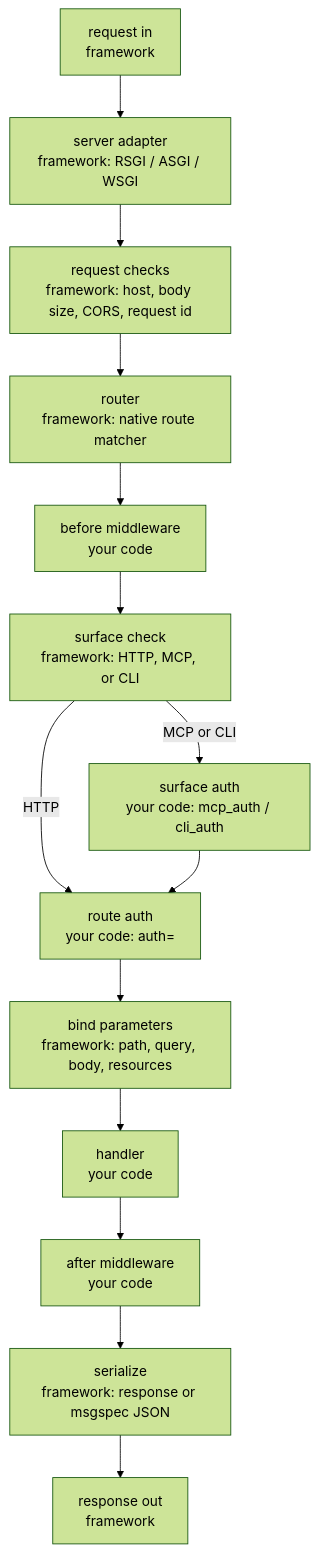
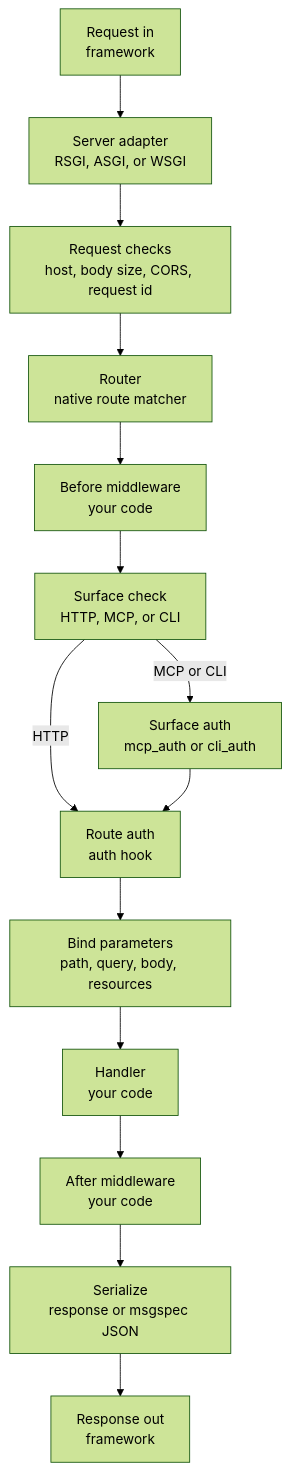
The first of 2 diagrams in docs/en/dev/index.md (yanurag-dev/quater), drawn with Mermaid (forest theme) before and after one commit. The commit also changed other lines of this file, not shown here.

Commit message:
Fixed docs Mermaid diagrams.

````diff
--- a/docs/en/dev/index.md
+++ b/docs/en/dev/index.md
@@ -76,21 +76,21 @@
 ```mermaid
 flowchart TB
-    in["request in\nframework"]
-    adapter["server adapter\nframework: RSGI / ASGI / WSGI"]
-    checks["request checks\nframework: host, body size, CORS, request id"]
-    router["router\nframework: native route matcher"]
-    before["before middleware\nyour code"]
-    surface["surface check\nframework: HTTP, MCP, or CLI"]
-    surface_auth["surface auth\nyour code: mcp_auth / cli_auth"]
-    route_auth["route auth\nyour code: auth="]
-    bind["bind parameters\nframework: path, query, body, resources"]
-    handler["handler\nyour code"]
-    after["after middleware\nyour code"]
-    serialize["serialize\nframework: response or msgspec JSON"]
-    out["response out\nframework"]
+    request_in["Request in<br/>framework"]
+    adapter["Server adapter<br/>RSGI, ASGI, or WSGI"]
+    checks["Request checks<br/>host, body size, CORS, request id"]
+    router["Router<br/>native route matcher"]
+    before["Before middleware<br/>your code"]
+    surface["Surface check<br/>HTTP, MCP, or CLI"]
+    surface_auth["Surface auth<br/>mcp_auth or cli_auth"]
+    route_auth["Route auth<br/>auth hook"]
+    bind["Bind parameters<br/>path, query, body, resources"]
+    handler["Handler<br/>your code"]
+    after["After middleware<br/>your code"]
+    serialize["Serialize<br/>response or msgspec JSON"]
+    response_out["Response out<br/>framework"]
 
-    in --> adapter --> checks --> router --> before --> surface
+    request_in --> adapter --> checks --> router --> before --> surface
     surface -->|HTTP| route_auth
     surface -->|MCP or CLI| surface_auth --> route_auth
-    route_auth --> bind --> handler --> after --> serialize --> out
+    route_auth --> bind --> handler --> after --> serialize --> response_out
 ```
````
